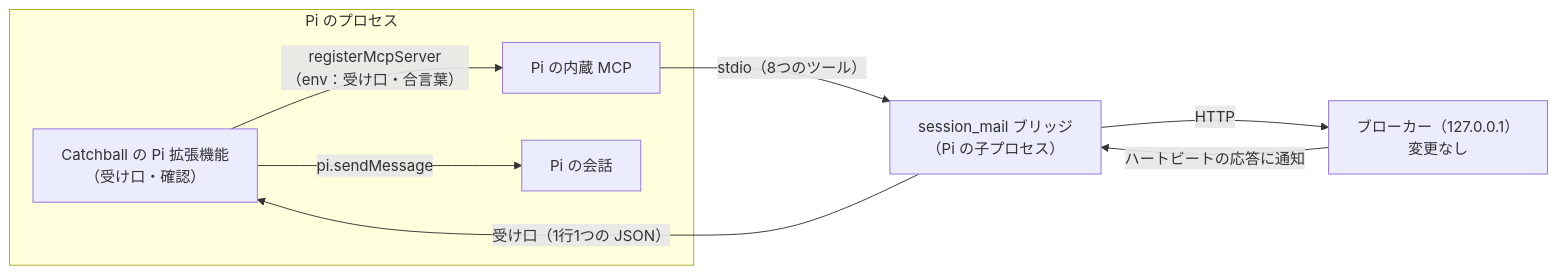
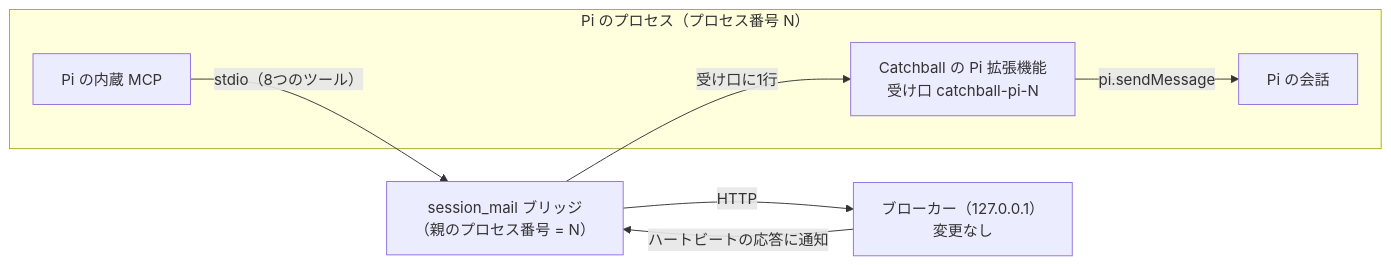
Before and after one commit to Ramo-Inc/Catchball: the diagram in docs/design/pi-integration-design.md, drawn with Mermaid. The commit also changed other lines of this file and 2 other files, not shown here.

````diff
--- a/docs/design/pi-integration-design.md
+++ b/docs/design/pi-integration-design.md
@@ -93,16 +86,15 @@
 ```mermaid
 flowchart LR
-  subgraph PI["Pi のプロセス"]
-    EX["Catchball の Pi 拡張機能<br/>（受け口・確認）"]
+  subgraph PI["Pi のプロセス（プロセス番号 N）"]
+    EX["Catchball の Pi 拡張機能<br/>受け口 catchball-pi-N"]
     MCP["Pi の内蔵 MCP"]
     S["Pi の会話"]
   end
-  BG["session_mail ブリッジ<br/>（Pi の子プロセス）"]
+  BG["session_mail ブリッジ<br/>（親のプロセス番号 = N）"]
   BR["ブローカー（127.0.0.1）<br/>変更なし"]
-  EX -- "registerMcpServer（env：受け口・合言葉）" --> MCP
   MCP -- "stdio（8つのツール）" --> BG
   BG -- "HTTP" --> BR
   BR -- "ハートビートの応答に通知" --> BG
-  BG -- "受け口（1行1つの JSON）" --> EX
+  BG -- "受け口に1行" --> EX
   EX -- "pi.sendMessage" --> S
 ```
````
